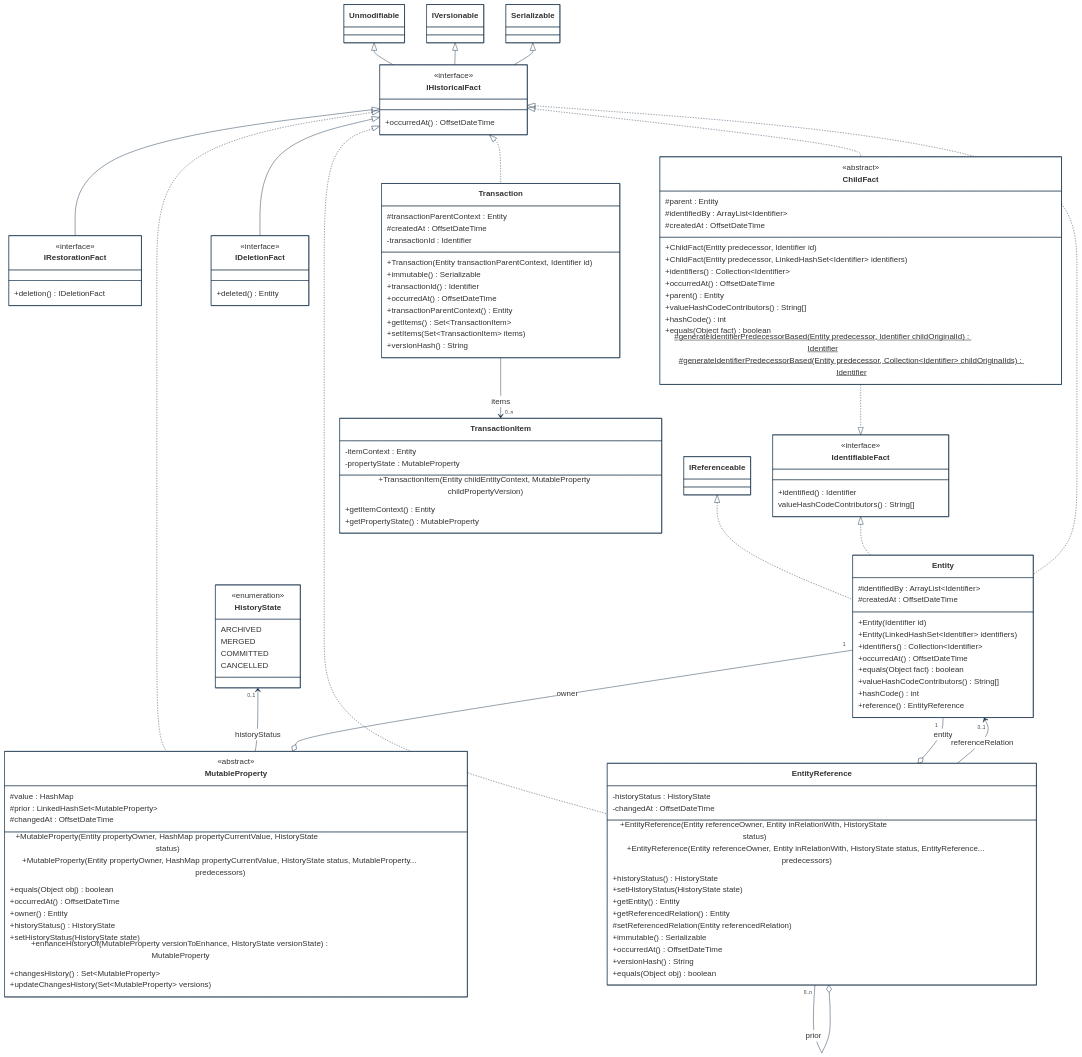
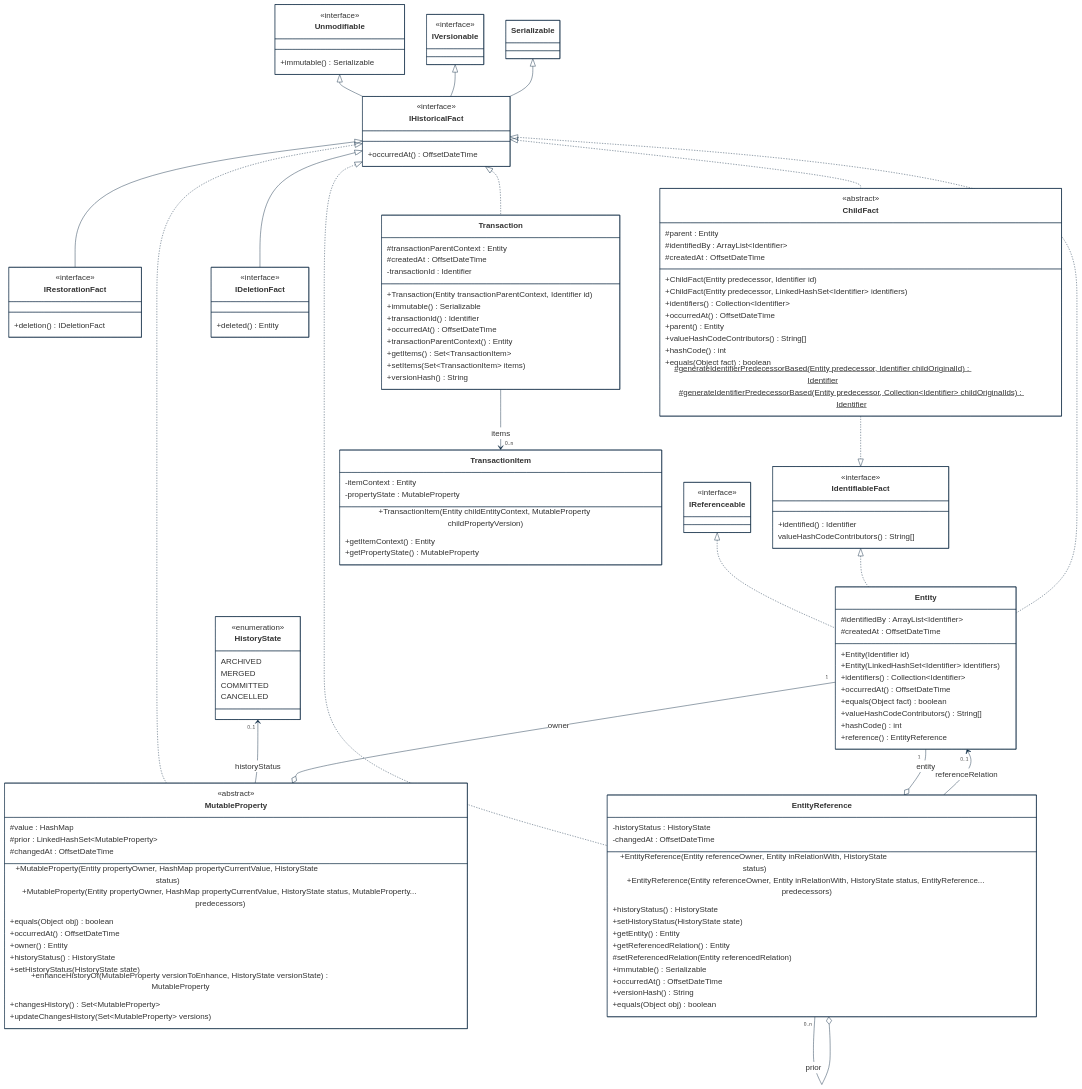
One commit to cybnity/foundation changed the first of 8 diagrams in implementations-line/framework/immutable/designview-packages.md. Above: the diagram before and after it, drawn with Mermaid. The commit also changed other lines of this file, not shown here.

```diff
--- a/implementations-line/framework/immutable/designview-packages.md
+++ b/implementations-line/framework/immutable/designview-packages.md
@@ -138,6 +139,16 @@
         <<interface>>
         +occurredAt() OffsetDateTime
     }
+    class Unmodifiable {
+        <<interface>>
+        +immutable() Serializable
+    }
+    class IVersionable {
+        <<interface>>
+    }
+    class IReferenceable {
+        <<interface>>
+    }
     class IRestorationFact {
         <<interface>>
         +deletion() IDeletionFact
```
